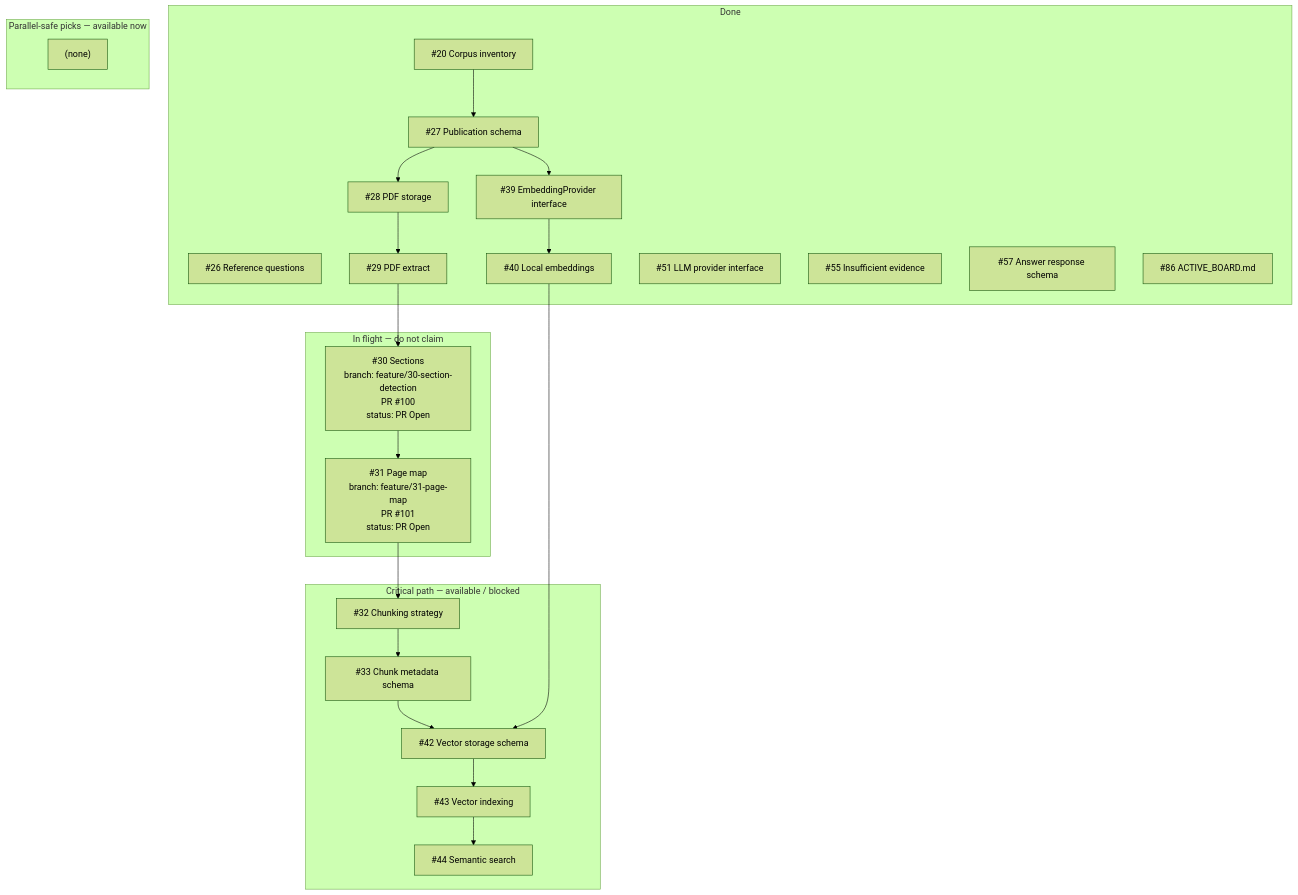
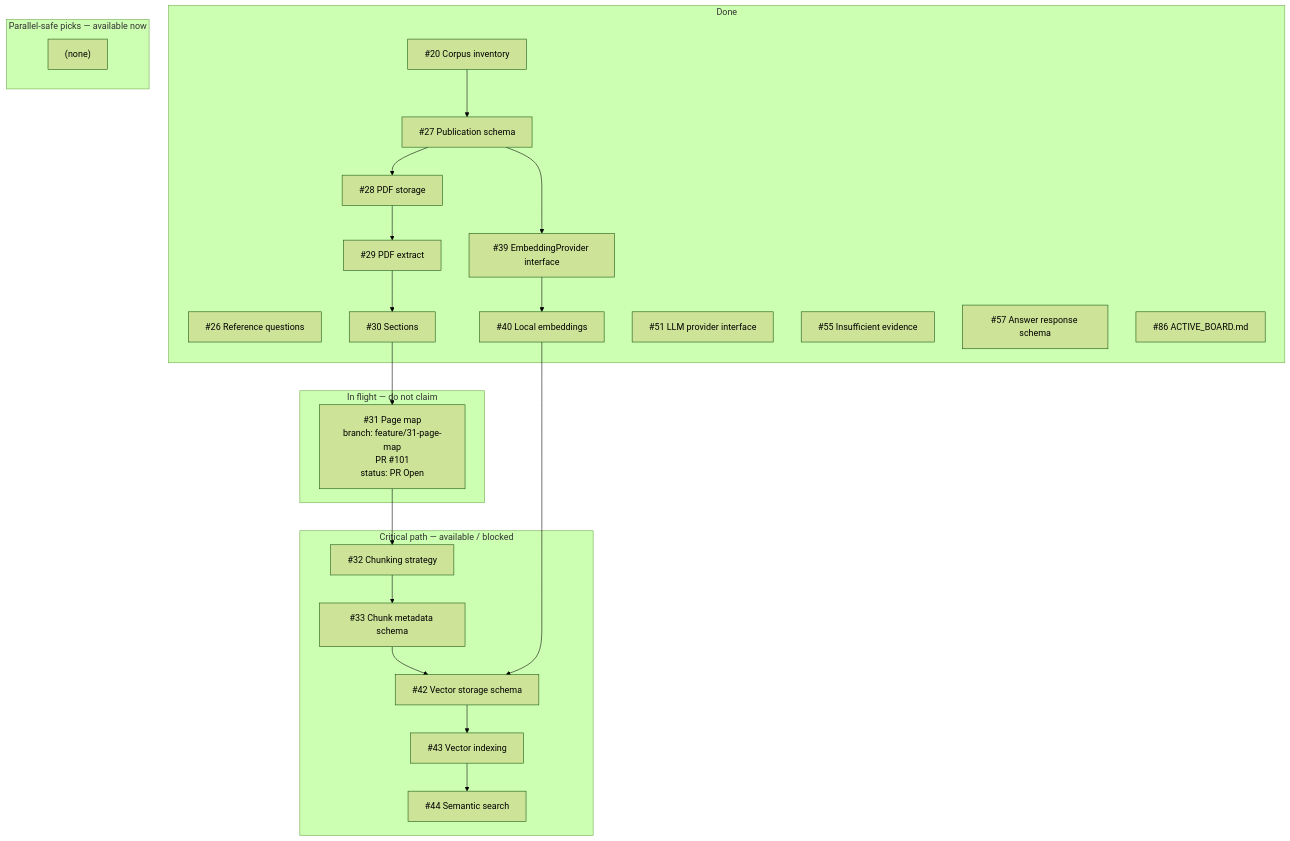
The diagram in docs/development/ACTIVE_BOARD.md (bluefate/spacebio-evidence-engine), drawn with Mermaid (forest theme) before and after one commit. The commit also changed other lines of this file and 4 other files, not shown here.

````diff
--- a/docs/development/ACTIVE_BOARD.md
+++ b/docs/development/ACTIVE_BOARD.md
@@ -61,43 +61,43 @@
 ```mermaid
 flowchart TB
   subgraph done [Done]
     i20["#20 Corpus inventory"]
     i26["#26 Reference questions"]
     i27["#27 Publication schema"]
     i28["#28 PDF storage"]
     i29["#29 PDF extract"]
+    i30["#30 Sections"]
     i39["#39 EmbeddingProvider interface"]
     i40["#40 Local embeddings"]
     i51["#51 LLM provider interface"]
     i55["#55 Insufficient evidence"]
     i57["#57 Answer response schema"]
     i86["#86 ACTIVE_BOARD.md"]
   end
   subgraph inflight [In flight — do not claim]
-    i30["#30 Sections<br/>branch: feature/30-section-detection<br/>PR #100<br/>status: PR Open"]
     i31["#31 Page map<br/>branch: feature/31-page-map<br/>PR #101<br/>status: PR Open"]
   end
   subgraph nextCritical [Critical path — available / blocked]
     i32["#32 Chunking strategy"]
     i33["#33 Chunk metadata schema"]
     i42["#42 Vector storage schema"]
     i43["#43 Vector indexing"]
     i44["#44 Semantic search"]
   end
   subgraph nextParallel [Parallel-safe picks — available now]
     nextParallel_empty["(none)"]
   end
   i20 --> i27
   i27 --> i28
   i28 --> i29
   i29 --> i30
   i30 --> i31
   i31 --> i32
   i32 --> i33
   i33 --> i42
   i27 --> i39
   i39 --> i40
   i40 --> i42
   i42 --> i43
   i43 --> i44
 ```
````
